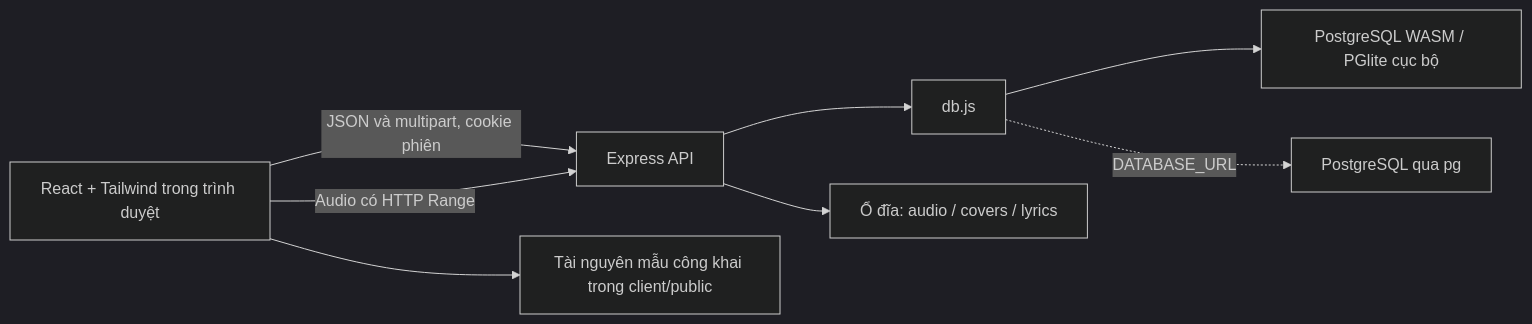
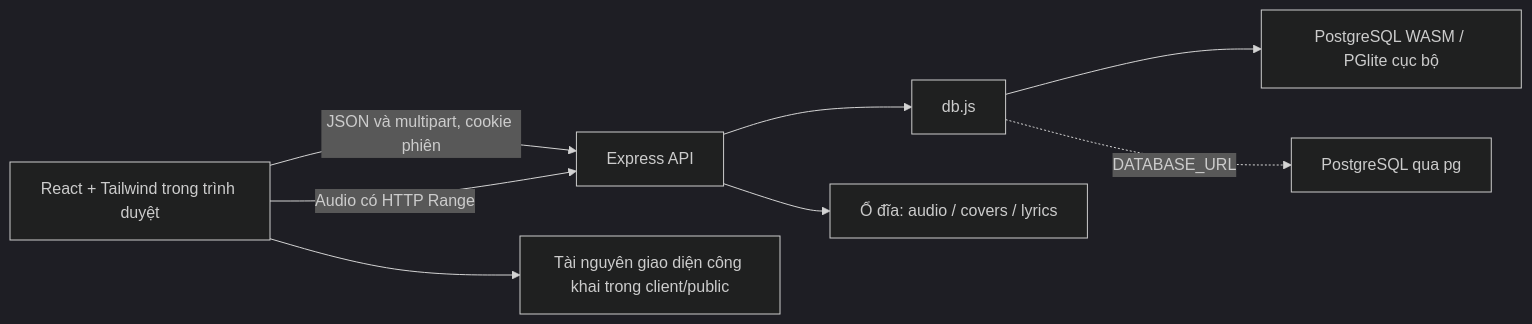
Before and after one commit to HIEUTHUJTHAI/spmusic: the diagram in docs/ARCHITECTURE.md, drawn with Mermaid (dark theme). The commit also changed other lines of this file and 46 other files, not shown here.

````diff
--- a/docs/ARCHITECTURE.md
+++ b/docs/ARCHITECTURE.md
@@ -7,10 +7,10 @@
 ```mermaid
 flowchart LR
     Browser[React + Tailwind trong trình duyệt] -->|JSON và multipart, cookie phiên| API[Express API]
     Browser -->|Audio có HTTP Range| API
     API --> DBAdapter[db.js]
     DBAdapter --> PGlite[PostgreSQL WASM / PGlite cục bộ]
     DBAdapter -. DATABASE_URL .-> PG[PostgreSQL qua pg]
     API --> Storage[Ổ đĩa: audio / covers / lyrics]
-    Browser --> Demo[Tài nguyên mẫu công khai trong client/public]
+    Browser --> Public[Tài nguyên giao diện công khai trong client/public]
 ```
````
